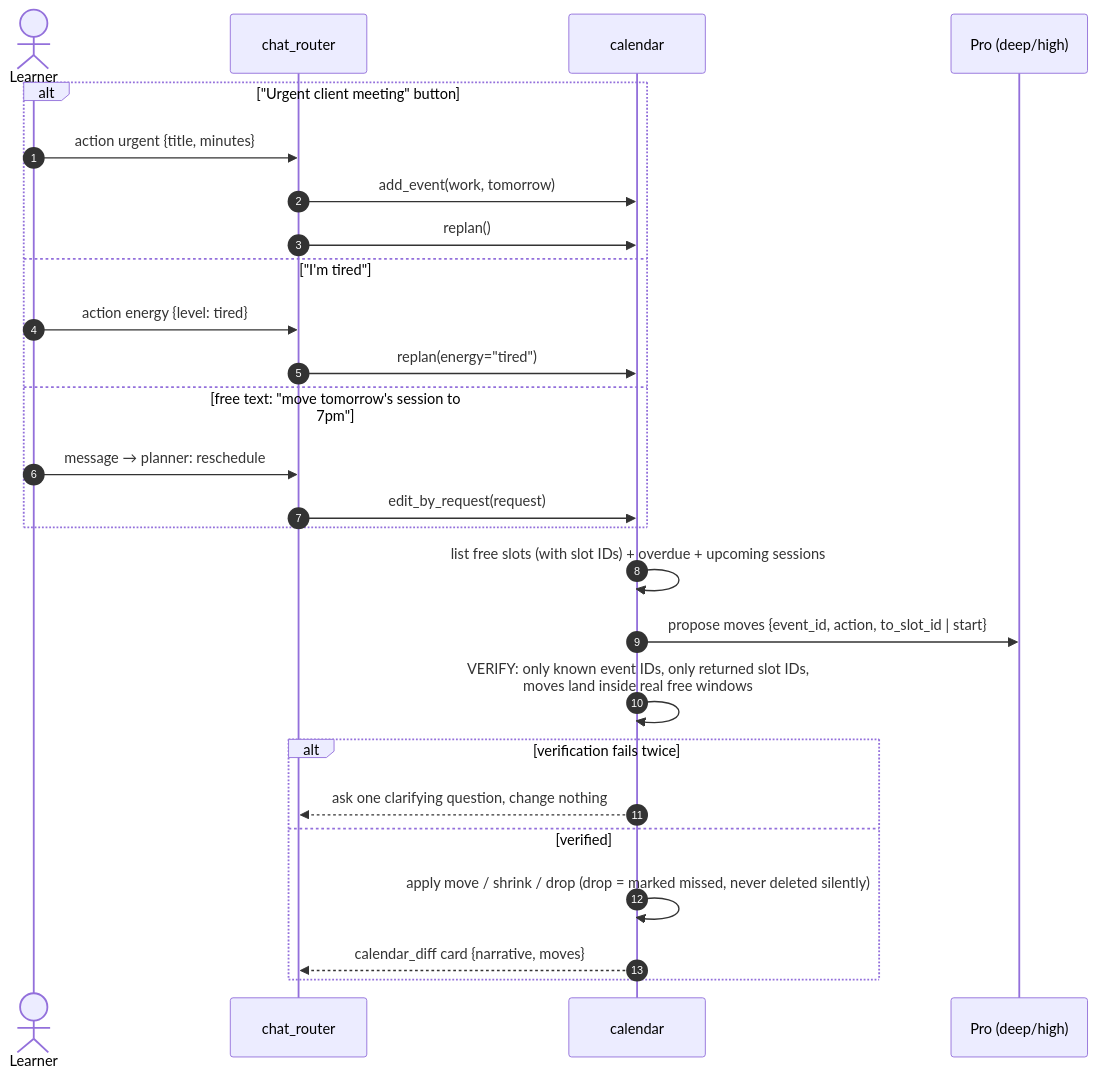
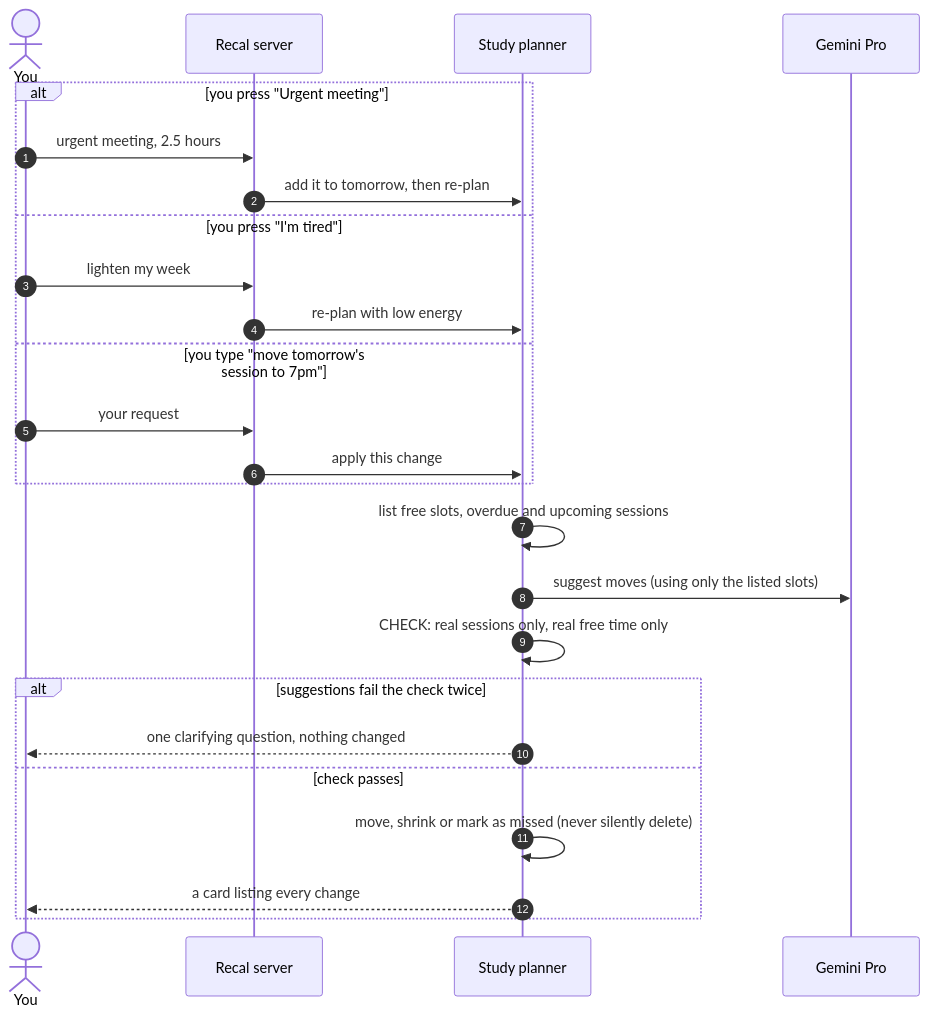
Before and after one commit to Chaitanya674/Recal-AI: diagram 12 of 19 in docs/DOCUMENTATION.md, drawn with Mermaid. The commit also changed other lines of this file, not shown here.

Commit message:
Docs: plain-language narrative rewrite

````diff
--- a/docs/DOCUMENTATION.md
+++ b/docs/DOCUMENTATION.md
@@ -495,29 +542,28 @@
 ```mermaid
 sequenceDiagram
     autonumber
-    actor L as Learner
-    participant CR as chat_router
-    participant C as calendar
-    participant P as Pro (deep/high)
+    actor You
+    participant Srv as Recal server
+    participant Plan as Study planner
+    participant Pro as Gemini Pro
 
-    alt "Urgent client meeting" button
-        L->>CR: action urgent {title, minutes}
-        CR->>C: add_event(work, tomorrow)
-        CR->>C: replan()
-    else "I'm tired"
-        L->>CR: action energy {level: tired}
-        CR->>C: replan(energy="tired")
-    else free text: "move tomorrow's session to 7pm"
-        L->>CR: message → planner: reschedule
-        CR->>C: edit_by_request(request)
+    alt you press "Urgent meeting"
+        You->>Srv: urgent meeting, 2.5 hours
+        Srv->>Plan: add it to tomorrow, then re-plan
+    else you press "I'm tired"
+        You->>Srv: lighten my week
+        Srv->>Plan: re-plan with low energy
+    else you type "move tomorrow's session to 7pm"
+        You->>Srv: your request
+        Srv->>Plan: apply this change
     end
-    C->>C: list free slots (with slot IDs) + overdue + upcoming sessions
-    C->>P: propose moves {event_id, action, to_slot_id | start}
-    C->>C: VERIFY: only known event IDs, only returned slot IDs,<br/>moves land inside real free windows
-    alt verification fails twice
-        C-->>CR: ask one clarifying question, change nothing
-    else verified
-        C->>C: apply move / shrink / drop (drop = marked missed, never deleted silently)
-        C-->>CR: calendar_diff card {narrative, moves}
+    Plan->>Plan: list free slots, overdue and upcoming sessions
+    Plan->>Pro: suggest moves (using only the listed slots)
+    Plan->>Plan: CHECK: real sessions only, real free time only
+    alt suggestions fail the check twice
+        Plan-->>You: one clarifying question, nothing changed
+    else check passes
+        Plan->>Plan: move, shrink or mark as missed (never silently delete)
+        Plan-->>You: a card listing every change
     end
 ```
````
